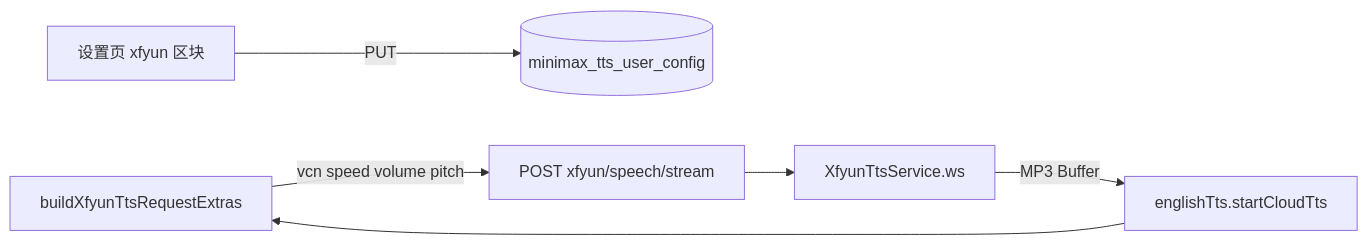
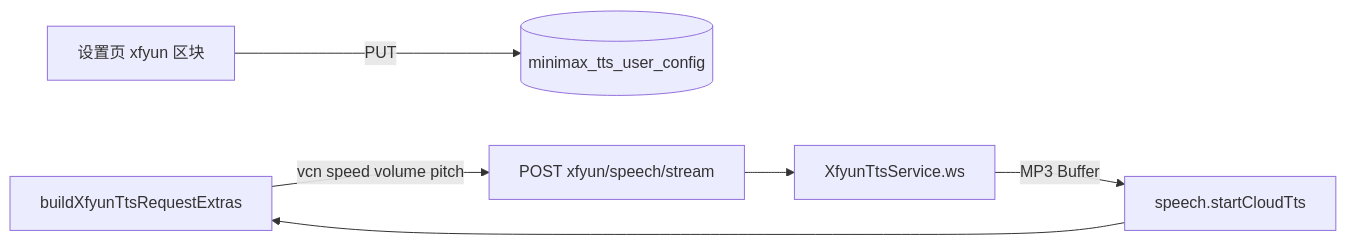
Before and after one commit to dnhyxc/dnhyxc-ai: the diagram in docs/english/xfyun-cloud-tts.md, drawn with Mermaid. The commit also changed other lines of this file and 111 other files, not shown here.

````diff
--- a/docs/english/xfyun-cloud-tts.md
+++ b/docs/english/xfyun-cloud-tts.md
@@ -53,14 +53,14 @@
 ```mermaid
 flowchart LR
   UI[设置页 xfyun 区块]
   PREF[(minimax_tts_user_config)]
   BUILD[buildXfyunTtsRequestExtras]
-  TTS[englishTts.startCloudTts]
+  TTS[speech.startCloudTts]
   API[POST xfyun/speech/stream]
   WS[XfyunTtsService.ws]
   UI -->|PUT| PREF
   TTS --> BUILD
   BUILD -->|vcn speed volume pitch| API
   API --> WS
   WS -->|MP3 Buffer| TTS
 ```
````
